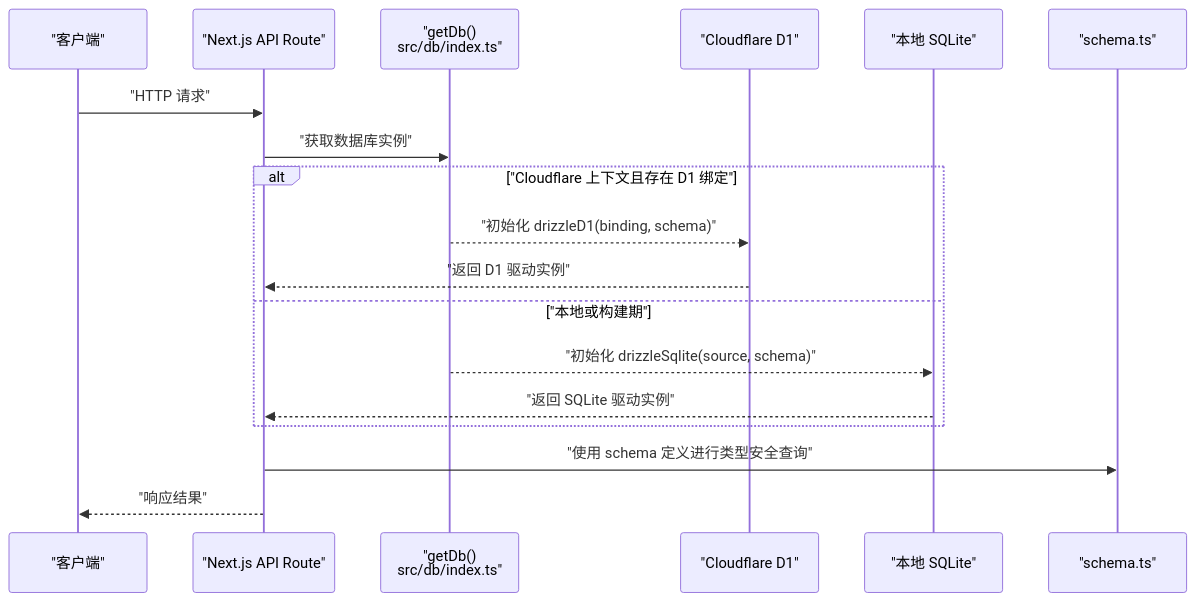
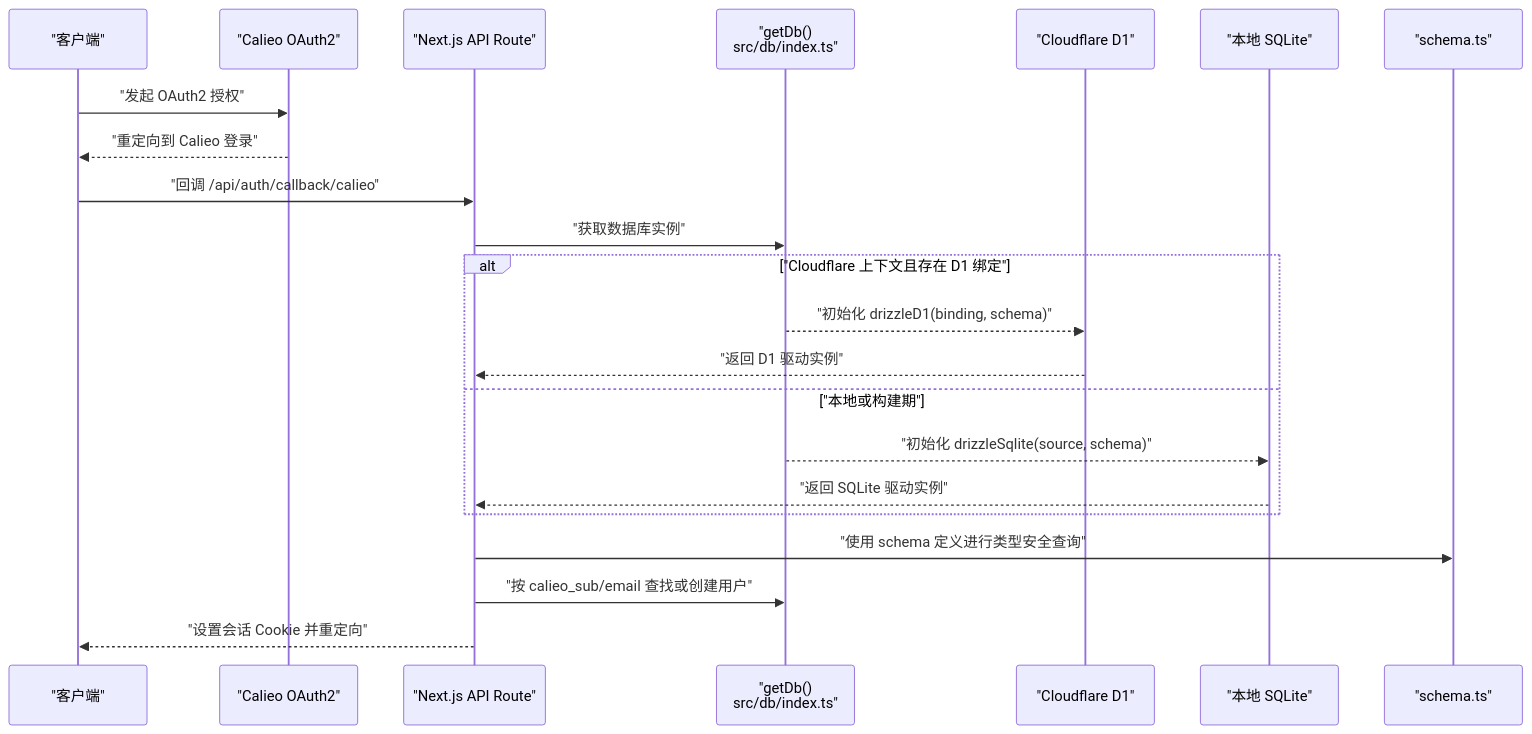
Before and after one commit to pnnh/weable: the second of 8 diagrams in .qoder/repowiki/zh/content/核心模块/数据库设计.md, drawn with Mermaid. The commit also changed other lines of this file and 187 other files, not shown here.

````diff
--- a/.qoder/repowiki/zh/content/核心模块/数据库设计.md
+++ b/.qoder/repowiki/zh/content/核心模块/数据库设计.md
@@ -78,20 +92,24 @@
 ```mermaid
 sequenceDiagram
 participant Client as "客户端"
+participant Auth as "Calieo OAuth2"
 participant API as "Next.js API Route"
 participant DBAccess as "getDb()<br/>src/db/index.ts"
 participant D1 as "Cloudflare D1"
 participant SQLite as "本地 SQLite"
 participant Schema as "schema.ts"
-Client->>API : "HTTP 请求"
+Client->>Auth : "发起 OAuth2 授权"
+Auth-->>Client : "重定向到 Calieo 登录"
+Client->>API : "回调 /api/auth/callback/calieo"
 API->>DBAccess : "获取数据库实例"
 alt "Cloudflare 上下文且存在 D1 绑定"
 DBAccess-->>D1 : "初始化 drizzleD1(binding, schema)"
 D1-->>API : "返回 D1 驱动实例"
 else "本地或构建期"
 DBAccess-->>SQLite : "初始化 drizzleSqlite(source, schema)"
 SQLite-->>API : "返回 SQLite 驱动实例"
 end
 API->>Schema : "使用 schema 定义进行类型安全查询"
-API-->>Client : "响应结果"
+API->>DBAccess : "按 calieo_sub/email 查找或创建用户"
+API-->>Client : "设置会话 Cookie 并重定向"
 ```
````
